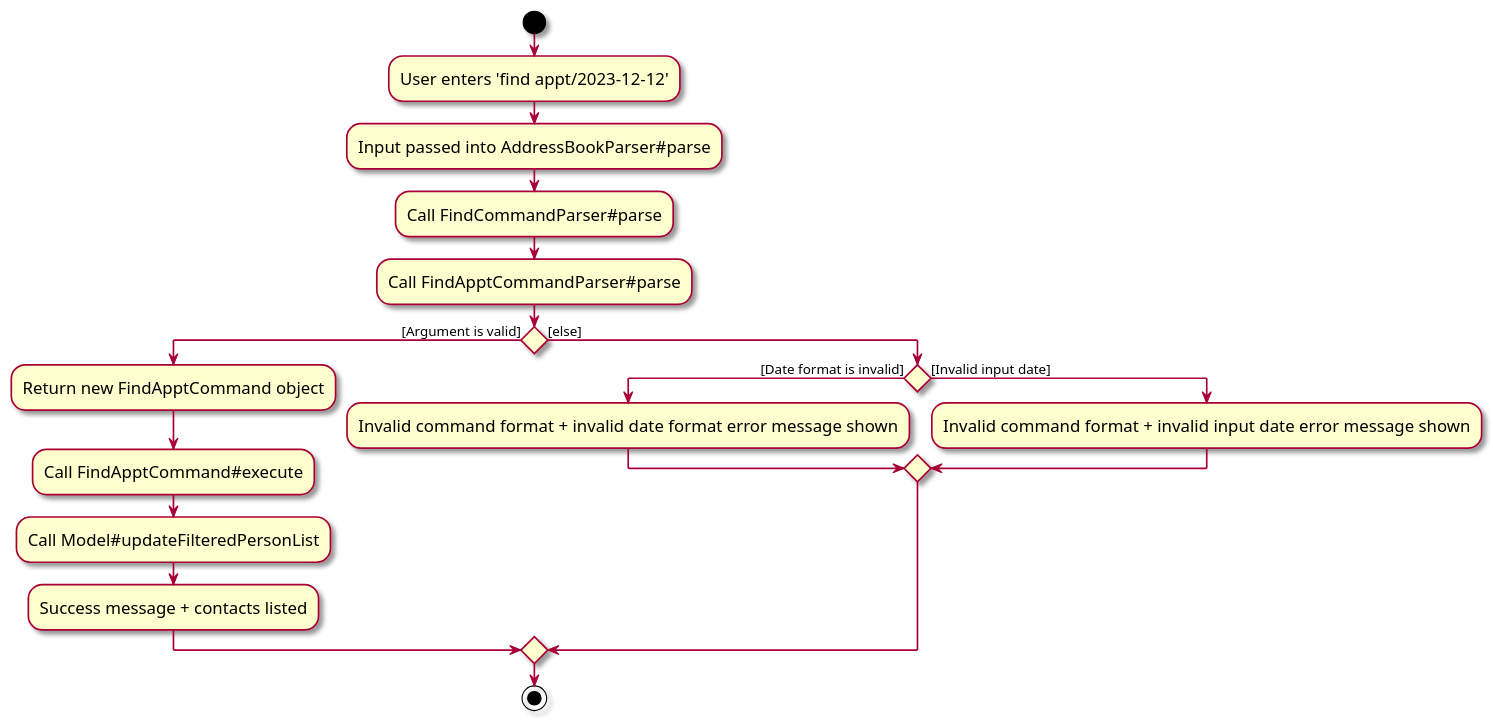
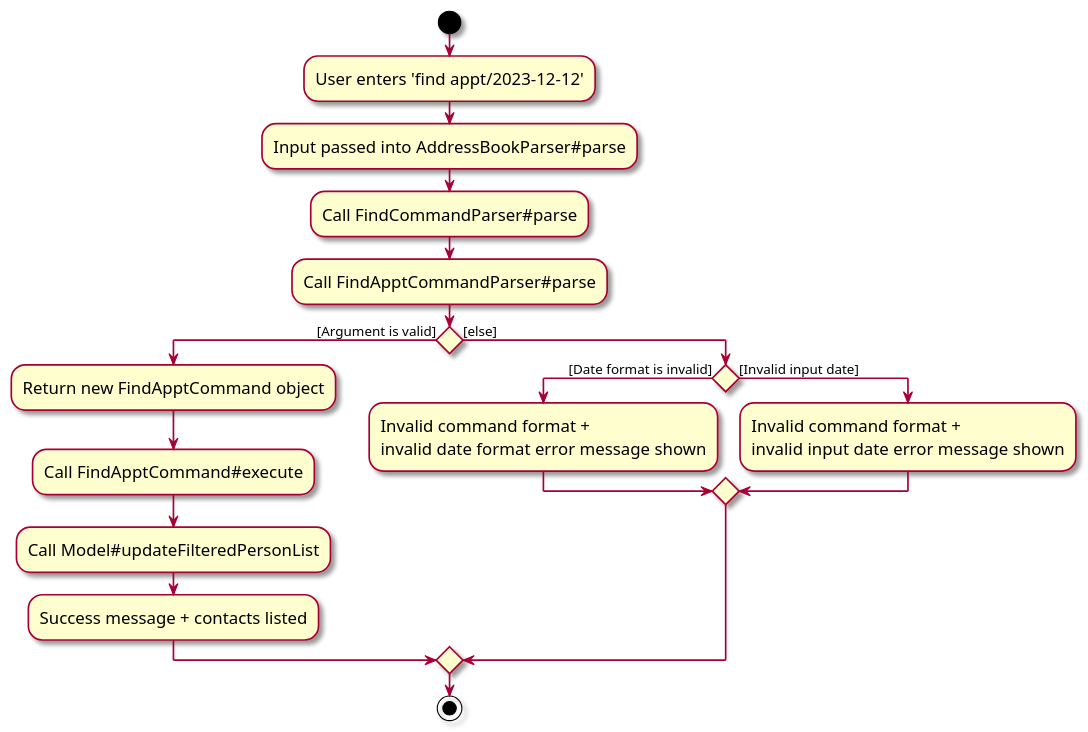
The diagram in docs/diagrams/FindApptActivityDiagram.puml (syamfarh/tp), drawn with PlantUML before and after one commit.

Commit message:
Wrap text for diagram

```diff
--- a/docs/diagrams/FindApptActivityDiagram.puml
+++ b/docs/diagrams/FindApptActivityDiagram.puml
@@ -1,26 +1,28 @@
 @startuml
 skin rose
 skinparam ActivityFontSize 15
 skinparam ArrowFontSize 12
 
 start
 
 :User enters 'find appt/2023-12-12';
 :Input passed into AddressBookParser#parse;
 :Call FindCommandParser#parse;
 :Call FindApptCommandParser#parse;
   if () then ([Argument is valid])
     :Return new FindApptCommand object;
     :Call FindApptCommand#execute;
     :Call Model#updateFilteredPersonList;
     :Success message + contacts listed;
   else ([else])
     if() then ([Date format is invalid])
-    :Invalid command format + invalid date format error message shown;
+    :Invalid command format +
+    invalid date format error message shown;
     else ([Invalid input date])
-    :Invalid command format + invalid input date error message shown;
+    :Invalid command format +
+    invalid input date error message shown;
     endif
   endif
 
 stop
 @enduml
```
